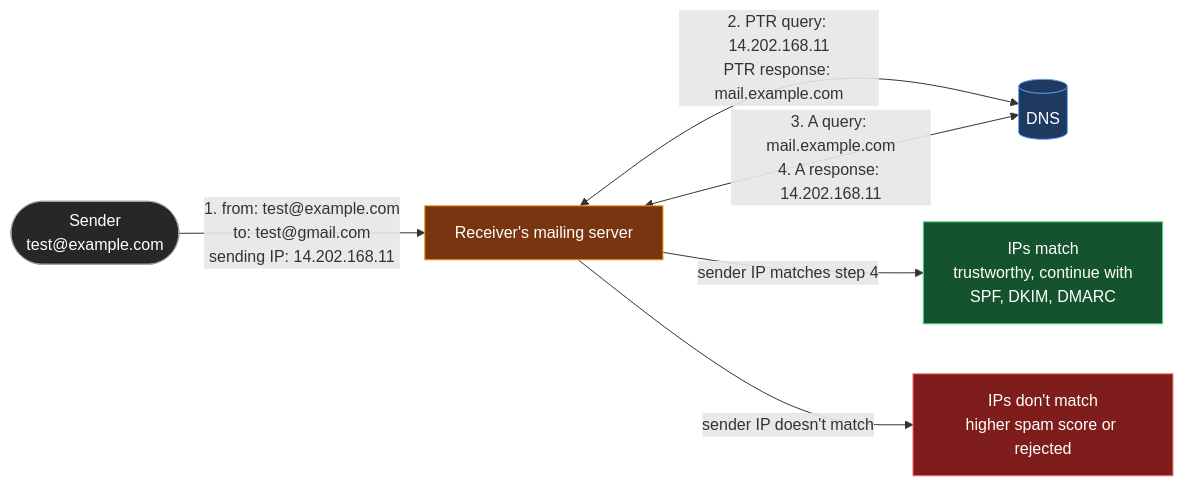
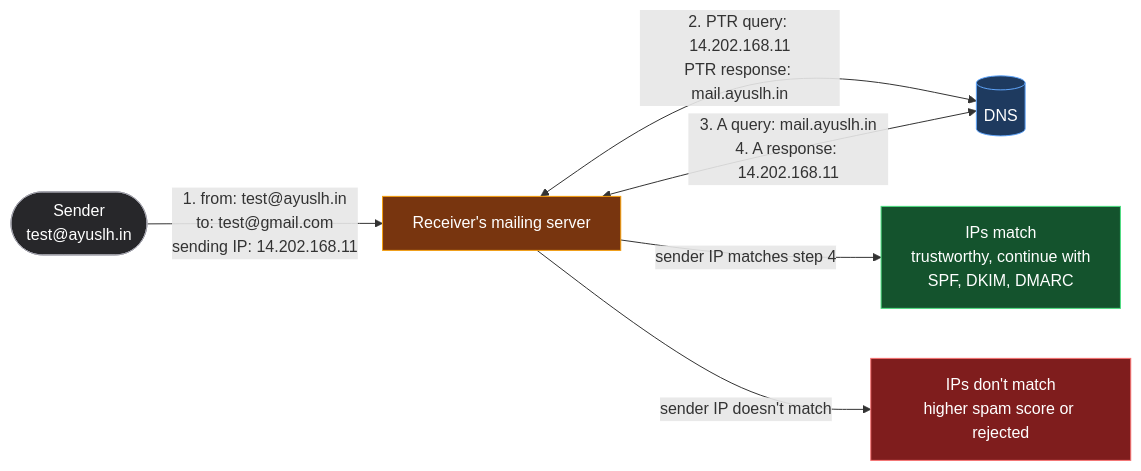
Before and after one commit to ayuslharora/blog-ayuslh: the fifth of 5 diagrams in content/posts/networking/ch24-dns-record-types.mdx, drawn with Mermaid. The commit also changed other lines of this file, not shown here.

Commit message:
Improvement in the diagram and examples

````diff
--- a/content/posts/networking/ch24-dns-record-types.mdx
+++ b/content/posts/networking/ch24-dns-record-types.mdx
@@ -212,20 +212,20 @@
 ```mermaid
 flowchart LR
-    Sender(["Sender<br/>test@example.com"])
+    Sender(["Sender<br/>test@ayuslh.in"])
     Recv["Receiver's mailing server"]
     DNS[("DNS")]
     Trust["IPs match<br/>trustworthy, continue with<br/>SPF, DKIM, DMARC"]
     Suspicious["IPs don't match<br/>higher spam score or rejected"]
 
-    Sender -- "1. from: test@example.com<br/>to: test@gmail.com<br/>sending IP: 14.202.168.11" --> Recv
-    Recv <-- "2. PTR query: 14.202.168.11<br/>PTR response: mail.example.com" --> DNS
-    Recv <-- "3. A query: mail.example.com<br/>4. A response: 14.202.168.11" --> DNS
+    Sender -- "1. from: test@ayuslh.in<br/>to: test@gmail.com<br/>sending IP: 14.202.168.11" --> Recv
+    Recv <-- "2. PTR query: 14.202.168.11<br/>PTR response: mail.ayuslh.in" --> DNS
+    Recv <-- "3. A query: mail.ayuslh.in<br/>4. A response: 14.202.168.11" --> DNS
     Recv -- "sender IP matches step 4" --> Trust
     Recv -- "sender IP doesn't match" --> Suspicious
 
     style Sender fill:#27272a,stroke:#a1a1aa,color:#fff
     style Recv fill:#78350f,stroke:#f59e0b,color:#fff
     style DNS fill:#1e3a5f,stroke:#60a5fa,color:#fff
     style Trust fill:#14532d,stroke:#4ade80,color:#fff
     style Suspicious fill:#7f1d1d,stroke:#f87171,color:#fff
 ```
````
